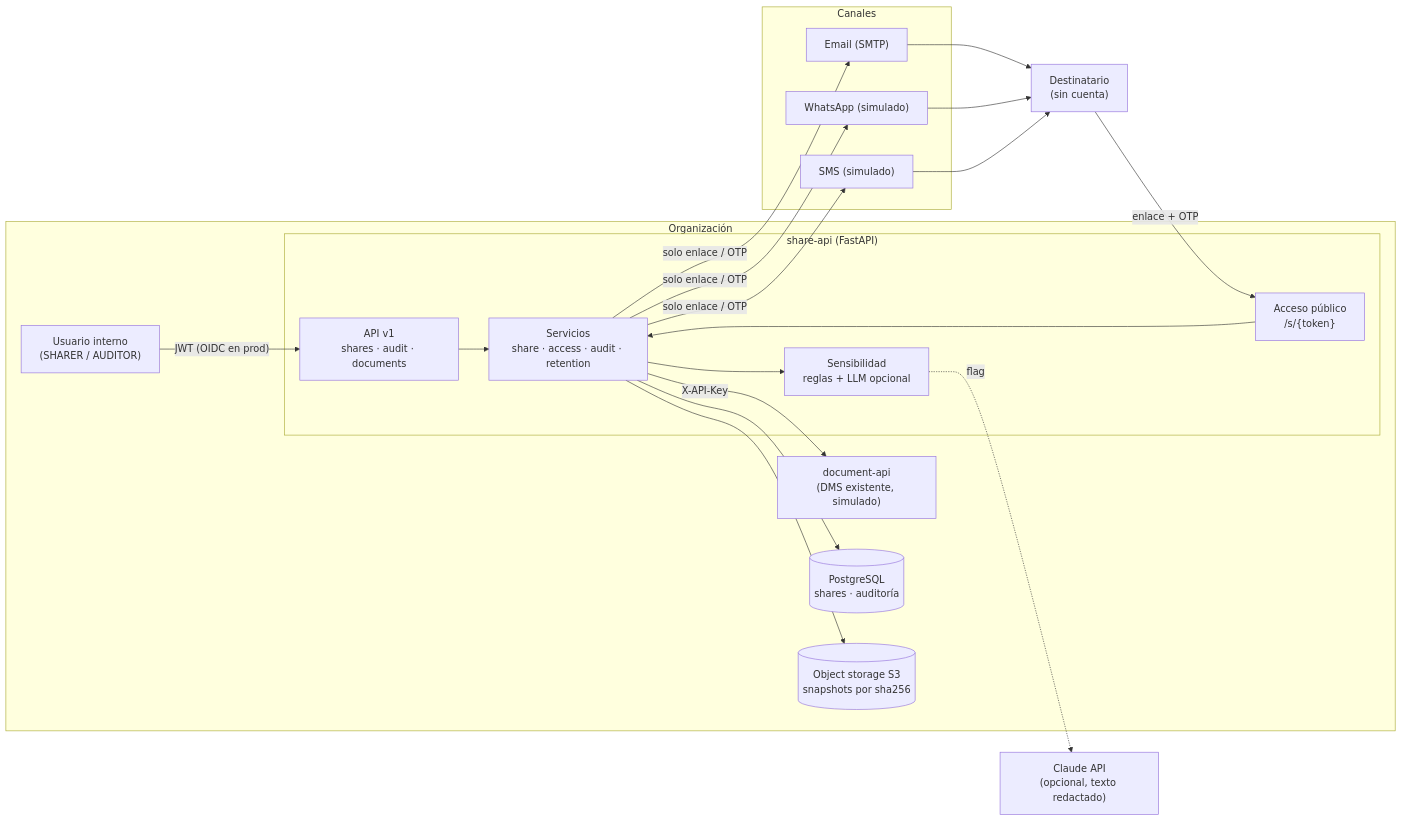
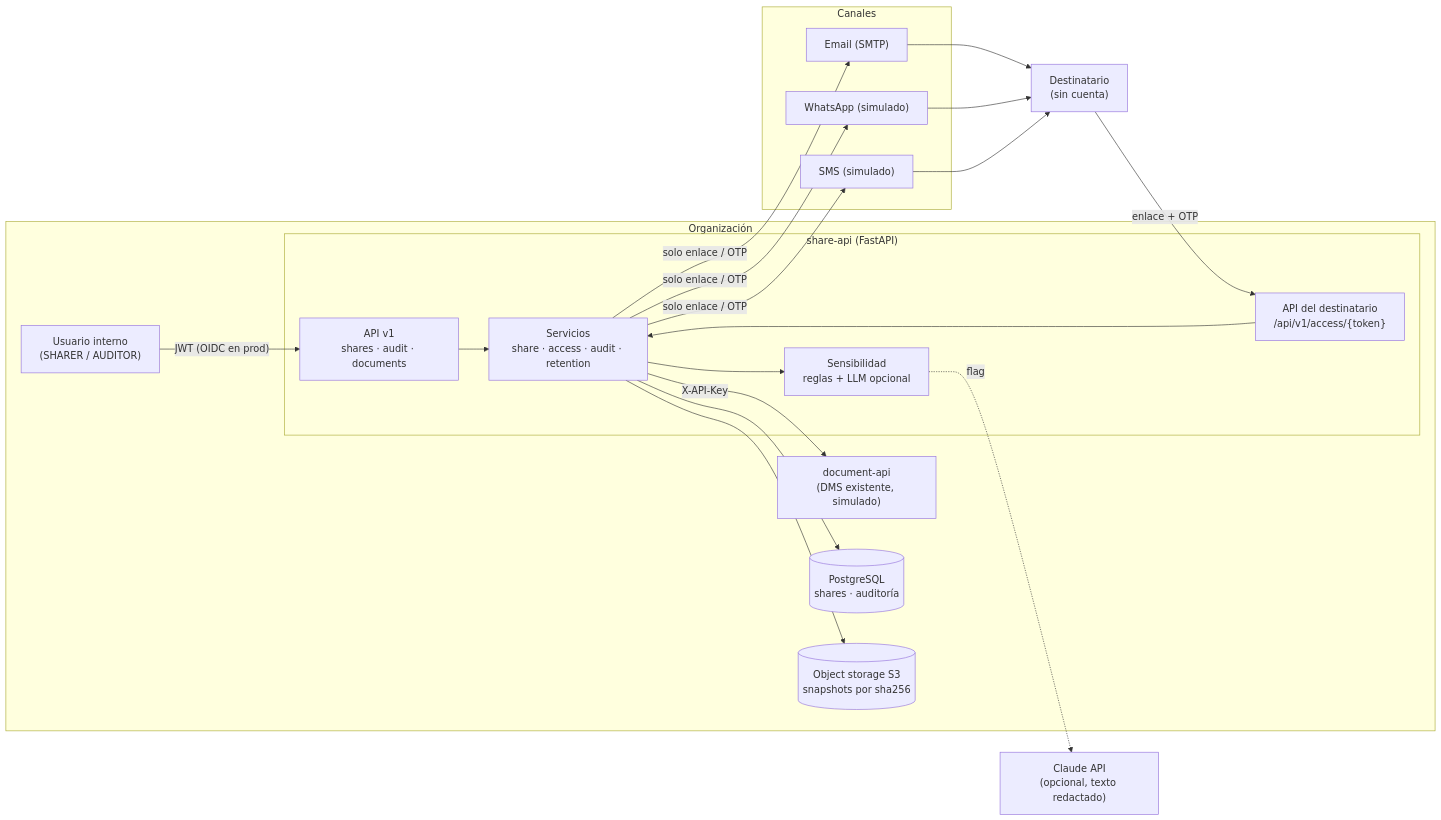
Before and after one commit to samilr/thinknex-docshare: the first of 3 diagrams in docs/02-diseno.md, drawn with Mermaid. The commit also changed other lines of this file and 5 other files, not shown here.

````diff
--- a/docs/02-diseno.md
+++ b/docs/02-diseno.md
@@ -5,34 +5,34 @@
 ```mermaid
 flowchart LR
     subgraph Interno["Organización"]
         U["Usuario interno<br/>(SHARER / AUDITOR)"]
         subgraph SA["share-api (FastAPI)"]
             API["API v1<br/>shares · audit · documents"]
-            PUB["Acceso público<br/>/s/{token}"]
+            PUB["API del destinatario<br/>/api/v1/access/{token}"]
             SVC["Servicios<br/>share · access · audit · retention"]
             SENS["Sensibilidad<br/>reglas + LLM opcional"]
         end
         DMS["document-api<br/>(DMS existente, simulado)"]
         PG[("PostgreSQL<br/>shares · auditoría")]
         S3[("Object storage S3<br/>snapshots por sha256")]
     end
     subgraph Canales
         MAIL["Email (SMTP)"]
         WA["WhatsApp (simulado)"]
         SMS["SMS (simulado)"]
     end
     R["Destinatario<br/>(sin cuenta)"]
     LLM["Claude API<br/>(opcional, texto redactado)"]
 
     U -- "JWT (OIDC en prod)" --> API
     API --> SVC
     PUB --> SVC
     SVC -- "X-API-Key" --> DMS
     SVC --> PG
     SVC --> S3
     SVC --> SENS
     SENS -. "flag" .-> LLM
     SVC -- "solo enlace / OTP" --> MAIL & WA & SMS
     MAIL & WA & SMS --> R
     R -- "enlace + OTP" --> PUB
 ```
````
